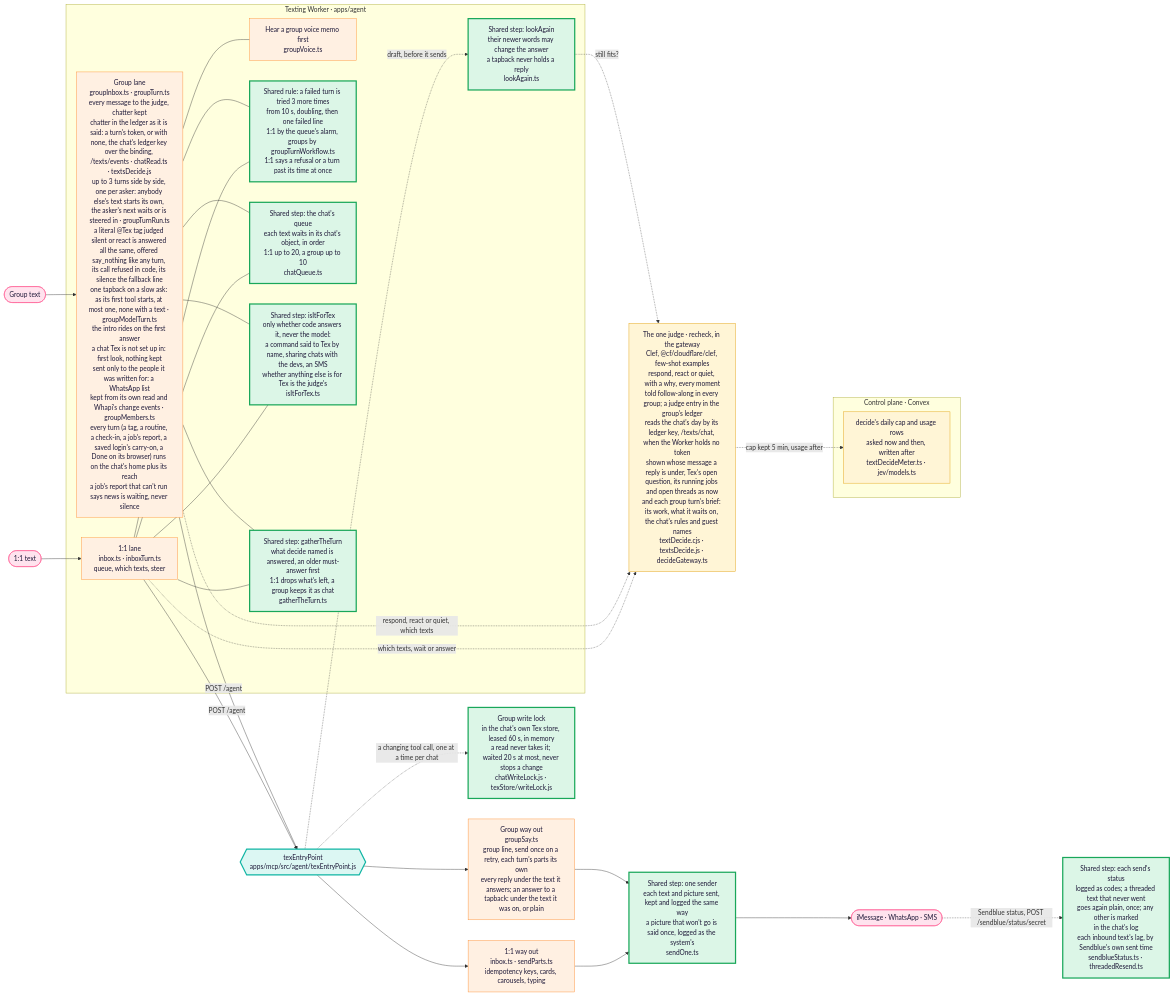
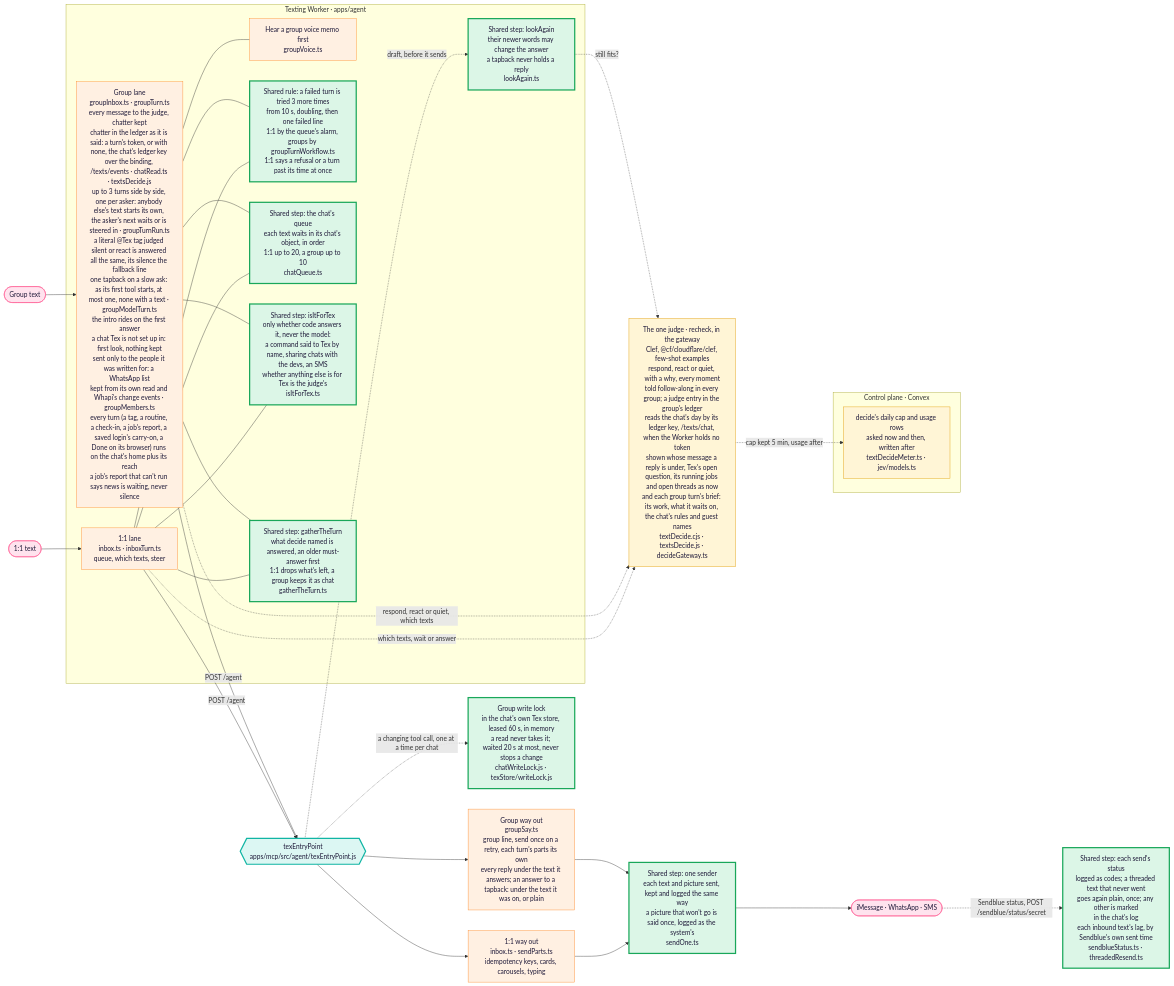
One commit to Supa-Media/context changed the first of 4 diagrams in docs/architecture/tex.md. Above: the diagram before and after it, drawn with Mermaid. The commit also changed 1 other file, not shown here.

Commit message:
Tex drawing: state a tagged turn's say_nothing neutrally
The group-lane clause "offered say_nothing like any turn, its call refused
in code" is part of every Tex prompt (section 1 of the drawing), so it
reached one-to-one turns and flipped core q13 3/3 in the replay. The
clause now only drops the old "never offered say_nothing", which is no
longer true; the change log line keeps the detail.

Claude-Session: https://claude.ai/code/session_01SK2aycjQPaNQx8weqsf2uv

````diff
--- a/docs/architecture/tex.md
+++ b/docs/architecture/tex.md
@@ -22,48 +22,48 @@
 ```mermaid
 flowchart LR
   P1([1:1 text]):::you --> W1
   P2([Group text]):::you --> W2
   subgraph Worker["Texting Worker · apps/agent"]
     W1["1:1 lane<br/>inbox.ts · inboxTurn.ts<br/>queue, which texts, steer"]:::pipe
-    W2["Group lane<br/>groupInbox.ts · groupTurn.ts<br/>every message to the judge, chatter kept<br/>chatter in the ledger as it is said: a turn's token, or with none, the chat's ledger key over the binding, /texts/events · chatRead.ts · textsDecide.js<br/>up to 3 turns side by side, one per asker: anybody else's text starts its own, the asker's next waits or is steered in · groupTurnRun.ts<br/>a literal @Tex tag judged silent or react is answered all the same, offered say_nothing like any turn, its call refused in code, its silence the fallback line<br/>one tapback on a slow ask: as its first tool starts, at most one, none with a text · groupModelTurn.ts<br/>the intro rides on the first answer<br/>a chat Tex is not set up in: first look, nothing kept<br/>sent only to the people it was written for: a WhatsApp list<br/>kept from its own read and Whapi's change events · groupMembers.ts<br/>every turn (a tag, a routine, a check-in, a job's report, a saved login's carry-on, a Done on its browser) runs on the chat's home plus its reach<br/>a job's report that can't run says news is waiting, never silence"]:::pipe
+    W2["Group lane<br/>groupInbox.ts · groupTurn.ts<br/>every message to the judge, chatter kept<br/>chatter in the ledger as it is said: a turn's token, or with none, the chat's ledger key over the binding, /texts/events · chatRead.ts · textsDecide.js<br/>up to 3 turns side by side, one per asker: anybody else's text starts its own, the asker's next waits or is steered in · groupTurnRun.ts<br/>a literal @Tex tag judged silent or react is answered all the same, its silence the fallback line<br/>one tapback on a slow ask: as its first tool starts, at most one, none with a text · groupModelTurn.ts<br/>the intro rides on the first answer<br/>a chat Tex is not set up in: first look, nothing kept<br/>sent only to the people it was written for: a WhatsApp list<br/>kept from its own read and Whapi's change events · groupMembers.ts<br/>every turn (a tag, a routine, a check-in, a job's report, a saved login's carry-on, a Done on its browser) runs on the chat's home plus its reach<br/>a job's report that can't run says news is waiting, never silence"]:::pipe
     H["Hear a group voice memo first<br/>groupVoice.ts"]:::pipe
     W2 --- H
     LA["Shared step: lookAgain<br/>their newer words may change the answer<br/>a tapback never holds a reply<br/>lookAgain.ts"]:::shared
     RT["Shared rule: a failed turn is tried 3 more times<br/>from 10 s, doubling, then one failed line<br/>1:1 by the queue's alarm, groups by groupTurnWorkflow.ts<br/>1:1 says a refusal or a turn past its time at once"]:::shared
     W1 --- RT
     W2 --- RT
     Q["Shared step: the chat's queue<br/>each text waits in its chat's object, in order<br/>1:1 up to 20, a group up to 10<br/>chatQueue.ts"]:::shared
     W1 --- Q
     W2 --- Q
     FT["Shared step: isItForTex<br/>only whether code answers it, never the model:<br/>a command said to Tex by name, sharing chats with the devs, an SMS<br/>whether anything else is for Tex is the judge's<br/>isItForTex.ts"]:::shared
     W1 --- FT
     W2 --- FT
     GT["Shared step: gatherTheTurn<br/>what decide named is answered, an older must-answer first<br/>1:1 drops what's left, a group keeps it as chat<br/>gatherTheTurn.ts"]:::shared
     W1 --- GT
     W2 --- GT
   end
   D["The one judge · recheck, in the gateway<br/>Clef, @cf/cloudflare/clef, few-shot examples<br/>respond, react or quiet, with a why, every moment<br/>told follow-along in every group; a judge entry in the group's ledger<br/>reads the chat's day by its ledger key, /texts/chat, when the Worker holds no token<br/>shown whose message a reply is under, Tex's open question, its running jobs and open threads as now<br/>and each group turn's brief: its work, what it waits on, the chat's rules and guest names<br/>textDecide.cjs · textsDecide.js · decideGateway.ts"]:::judge
   subgraph Control["Control plane · Convex"]
     CAP["decide's daily cap and usage rows<br/>asked now and then, written after<br/>textDecideMeter.ts · jev/models.ts"]:::judge
   end
   D -. cap kept 5 min, usage after .-> CAP
   W1 -. which texts, wait or answer .-> D
   W2 -. respond, react or quiet, which texts .-> D
   E -. draft, before it sends .-> LA
   LA -. still fits? .-> D
   W1 -->|POST /agent| E
   W2 -->|POST /agent| E
   E{{"texEntryPoint<br/>apps/mcp/src/agent/texEntryPoint.js"}}:::door
   E --> S1["1:1 way out<br/>inbox.ts · sendParts.ts<br/>idempotency keys, cards, carousels, typing"]:::pipe
   E --> S2["Group way out<br/>groupSay.ts<br/>group line, send once on a retry, each turn's parts its own<br/>every reply under the text it answers; an answer to a tapback: under the text it was on, or plain"]:::pipe
   E -. "a changing tool call, one at a time per chat" .-> WL["Group write lock<br/>in the chat's own Tex store, leased 60 s, in memory<br/>a read never takes it; waited 20 s at most, never stops a change<br/>chatWriteLock.js · texStore/writeLock.js"]:::shared
   S1 --> SO["Shared step: one sender<br/>each text and picture sent, kept and logged the same way<br/>a picture that won't go is said once, logged as the system's<br/>sendOne.ts"]:::shared
   S2 --> SO
   SO --> Out([iMessage · WhatsApp · SMS]):::you
   Out -. "Sendblue status, POST /sendblue/status/secret" .-> ST["Shared step: each send's status<br/>logged as codes; a threaded text that never went<br/>goes again plain, once; any other is marked<br/>in the chat's log<br/>each inbound text's lag, by Sendblue's own sent time<br/>sendblueStatus.ts · threadedResend.ts"]:::shared
   classDef you fill:#ffe3ee,stroke:#ff4f8b,color:#1d1838
   classDef pipe fill:#fff0e2,stroke:#ff8a2a,color:#1d1838
   classDef door fill:#dcf7f3,stroke:#11b5a4,stroke-width:3px,color:#1d1838
   classDef judge fill:#fff5d6,stroke:#e09a00,color:#1d1838
   classDef shared fill:#dcf6e7,stroke:#19a75a,stroke-width:3px,color:#1d1838
 ```
````
